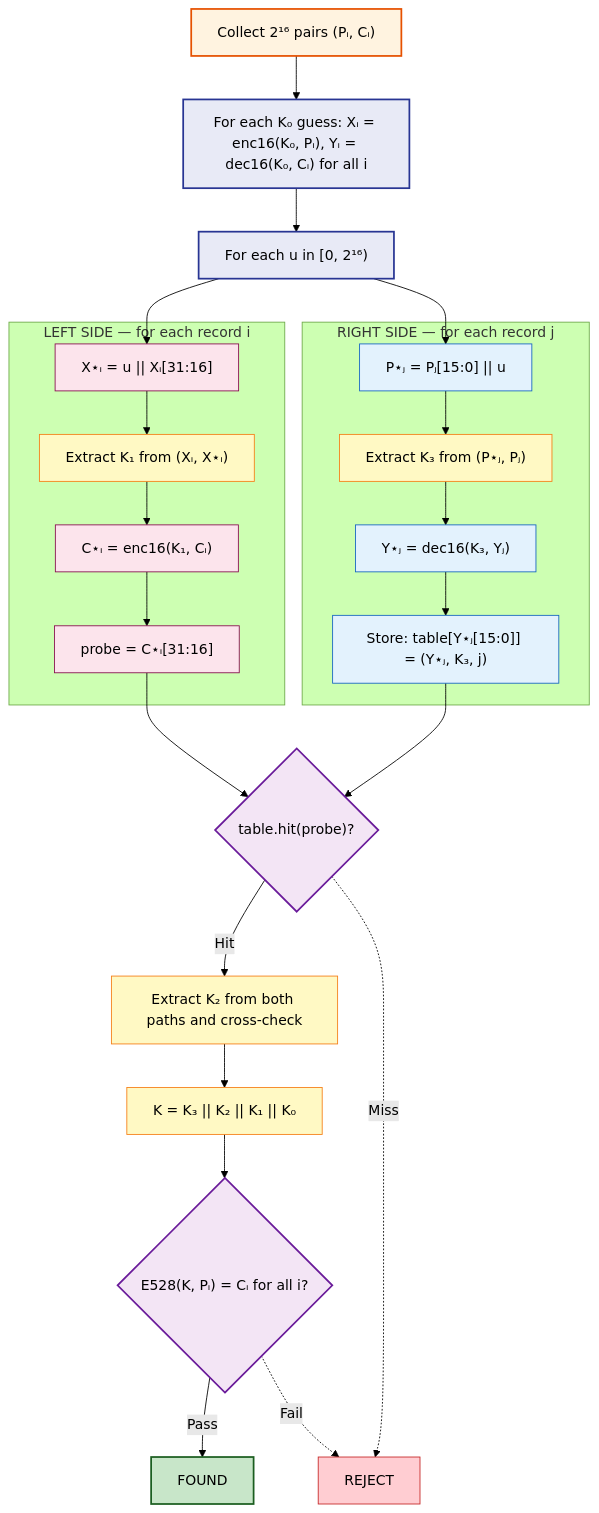
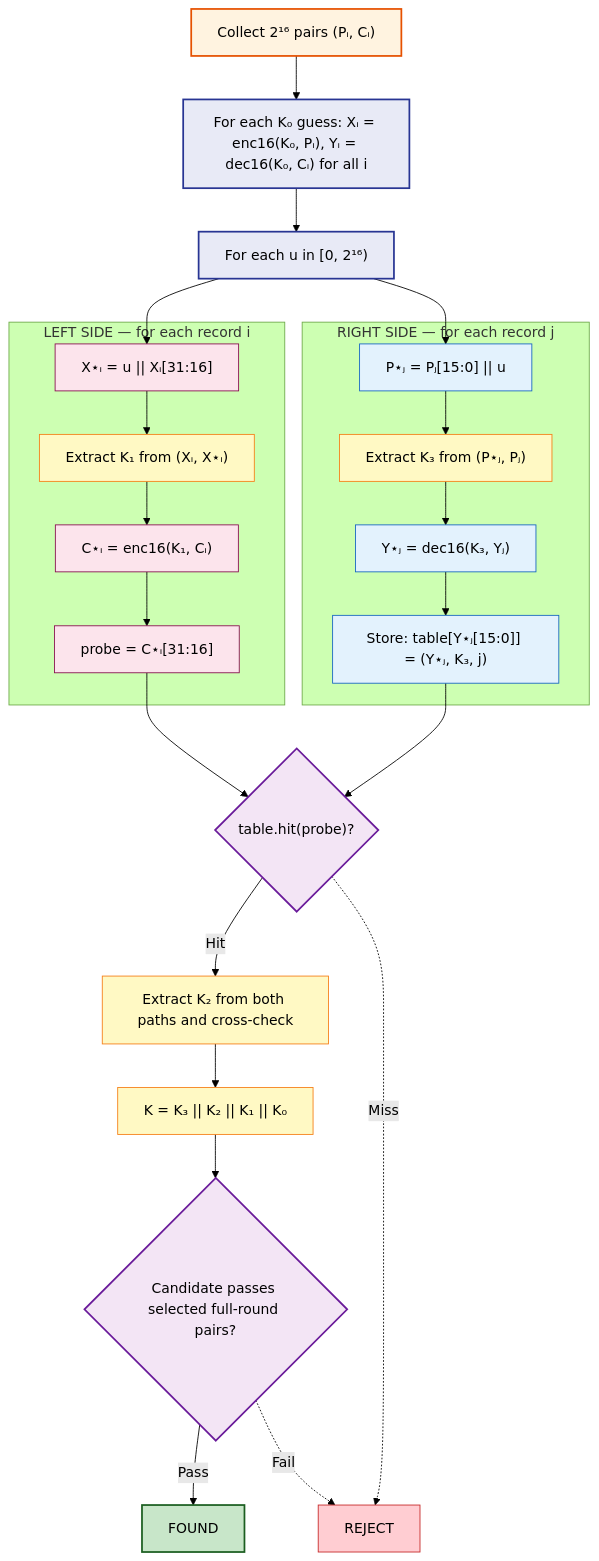
Before and after one commit to hadipourh/KeeLoq: the second of 4 diagrams in attacks/mitm/README.md, drawn with Mermaid (forest theme). The commit also changed other lines of this file and 6 other files, not shown here.

````diff
--- a/attacks/mitm/README.md
+++ b/attacks/mitm/README.md
@@ -474,61 +462,61 @@
 ```mermaid
 graph TB
     classDef data fill:#FFF3E0,stroke:#E65100,stroke-width:2px,color:#000
     classDef guess fill:#E8EAF6,stroke:#283593,stroke-width:2px,color:#000
     classDef rside fill:#E3F2FD,stroke:#1565C0,stroke-width:1px,color:#000
     classDef lside fill:#FCE4EC,stroke:#880E4F,stroke-width:1px,color:#000
     classDef chk fill:#F3E5F5,stroke:#6A1B9A,stroke-width:2px,color:#000
     classDef ext fill:#FFF9C4,stroke:#F57F17,stroke-width:1px,color:#000
     classDef ok fill:#C8E6C9,stroke:#1B5E20,stroke-width:2px,color:#000
     classDef bad fill:#FFCDD2,stroke:#C62828,stroke-width:1px,color:#000
 
     D["Collect 2¹⁶ pairs (Pᵢ, Cᵢ)"]
 
     K0["For each K₀ guess: Xᵢ = enc16(K₀, Pᵢ), Yᵢ = dec16(K₀, Cᵢ) for all i"]
 
     OV["For each u in [0, 2¹⁶)"]
 
     subgraph PROBE [" LEFT SIDE — for each record i "]
         L1["X⋆ᵢ = u || Xᵢ[31:16]"]
         L2["Extract K₁ from (Xᵢ, X⋆ᵢ)"]
         L3["C⋆ᵢ = enc16(K₁, Cᵢ)"]
         L4["probe = C⋆ᵢ[31:16]"]
         L1 --> L2 --> L3 --> L4
     end
 
     subgraph BUILD [" RIGHT SIDE — for each record j "]
         B1["P⋆ⱼ = Pⱼ[15:0] || u"]
         B2["Extract K₃ from (P⋆ⱼ, Pⱼ)"]
         B3["Y⋆ⱼ = dec16(K₃, Yⱼ)"]
         B4["Store: table[Y⋆ⱼ[15:0]] = (Y⋆ⱼ, K₃, j)"]
         B1 --> B2 --> B3 --> B4
     end
 
     CHK{"table.hit(probe)?"}
 
     K2["Extract K₂ from both paths and cross-check"]
     ASM["K = K₃ || K₂ || K₁ || K₀"]
-    VER{"E528(K, Pᵢ) = Cᵢ for all i?"}
+    VER{"Candidate passes selected full-round pairs?"}
     YES["FOUND"]
     NO["REJECT"]
 
     D --> K0 --> OV
     OV --> L1
     OV --> B1
     B4 --> CHK
     L4 --> CHK
     CHK -->|"Hit"| K2 --> ASM --> VER
     CHK -.->|"Miss"| NO
     VER -->|"Pass"| YES
     VER -.->|"Fail"| NO
 
     class D data
     class K0,OV guess
     class B1,B3,B4 rside
     class B2,L2 ext
     class L1,L3,L4 lside
     class CHK,VER chk
     class K2,ASM ext
     class YES ok
     class NO bad
 ```
````
